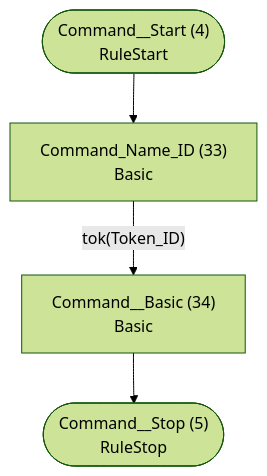
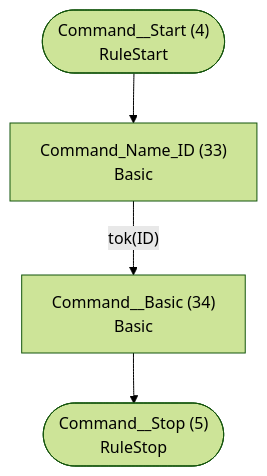
The third of 5 diagrams in examples/statemachine/atn.md (TypeFox/fastbelt), drawn with Mermaid (forest theme) before and after one commit. The commit also changed other lines of this file and 3 other files, not shown here.

````diff
--- a/examples/statemachine/atn.md
+++ b/examples/statemachine/atn.md
@@ -76,11 +76,11 @@
 ```mermaid
 flowchart TD
     q4(["Command__Start (4)<br/>RuleStart"])
     q5(["Command__Stop (5)<br/>RuleStop"])
     q33["Command_Name_ID (33)<br/>Basic<br/>"]
     q34["Command__Basic (34)<br/>Basic<br/>"]
 
     q4 --> q33
-    q33 -->|"tok(Token_ID)"| q34
+    q33 -->|"tok(ID)"| q34
     q34 --> q5
 ```
````
